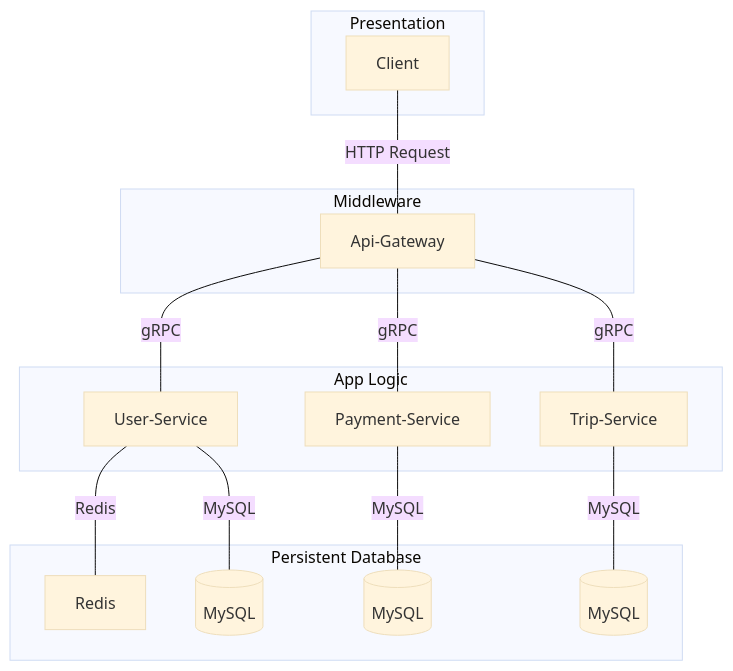
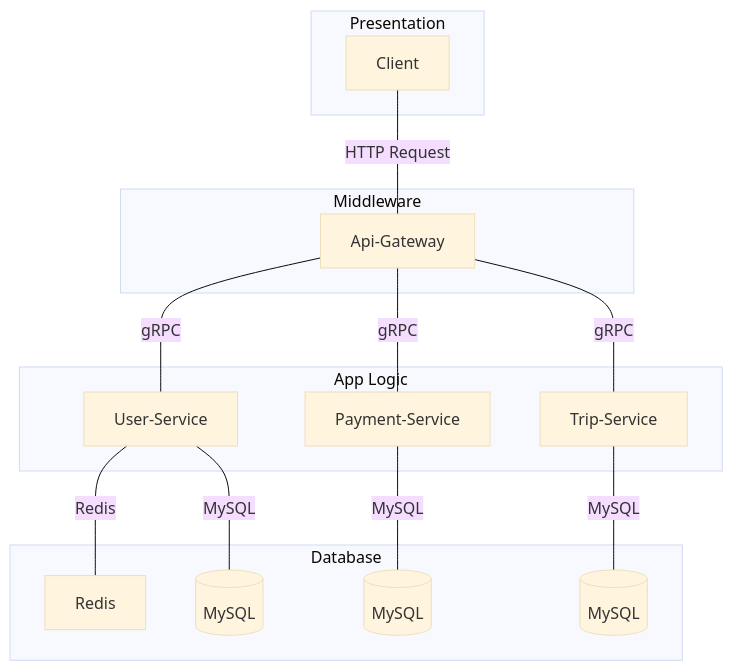
Before and after one commit to haiyen11231/eco-taxi-api-gateway: the diagram in README.md, drawn with Mermaid (base theme).

Commit message:
:memo: docs: update README file

````diff
--- a/README.md
+++ b/README.md
@@ -119,38 +119,38 @@
 ```mermaid
 graph TD
     %% Presentation Layer
     subgraph Presentation
         Client
     end
 
     %% Middleware Layer
     subgraph Middleware
         Api-Gateway
     end
 
     %% App Logic Layer
     subgraph App_Logic [App Logic]
         User-Service
         Trip-Service
         Payment-Service
     end
 
-    %% Persistent Database Layer
-    subgraph Persistent_Database [Persistent Database]
+    %% Database Layer
+    subgraph Database [Database]
         Redis
         User-MySQL[(MySQL)]
         Payment-MySQL[(MySQL)]
         Trip-MySQL[(MySQL)]
     end
 
     %% Connections
     Client ---|HTTP Request| Api-Gateway
     Api-Gateway ---|gRPC| User-Service
     Api-Gateway ---|gRPC| Trip-Service
     Api-Gateway ---|gRPC| Payment-Service
     User-Service ---|Redis| Redis
     User-Service ---|MySQL| User-MySQL
     Payment-Service ---|MySQL| Payment-MySQL
     Trip-Service ---|MySQL| Trip-MySQL
 
 ```
````
